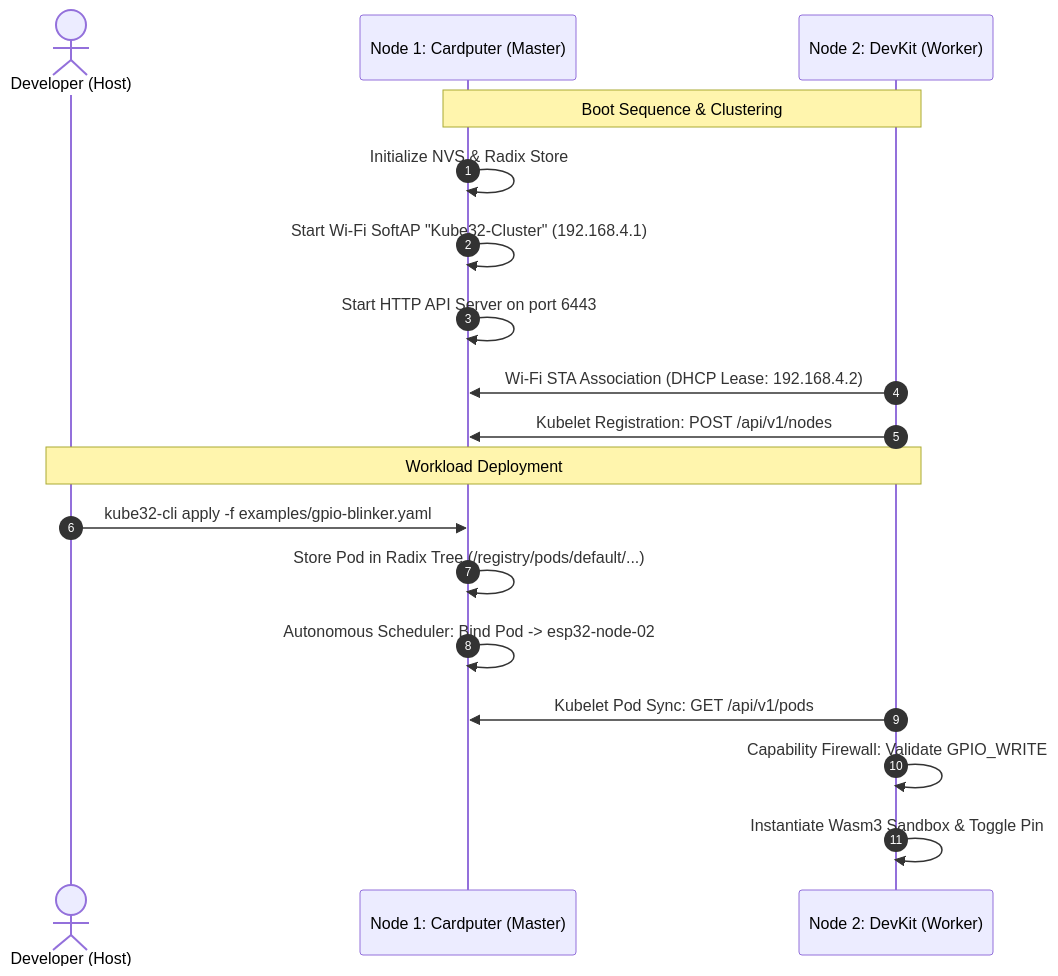
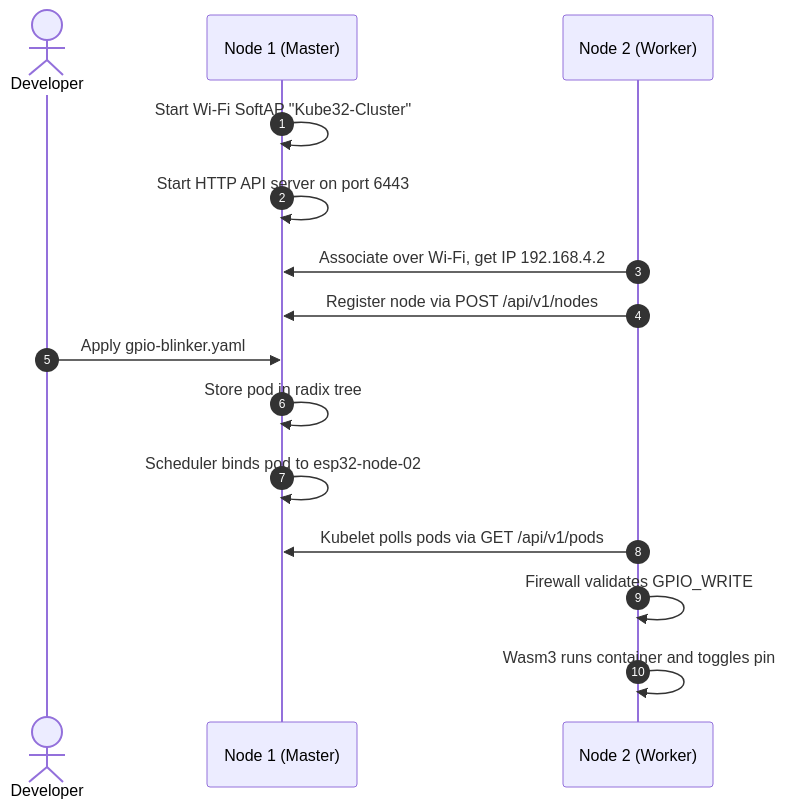
The diagram in docs/quickstart.md (arterialist/kube32), drawn with Mermaid before and after one commit. The commit also changed other lines of this file and 16 other files, not shown here.

````diff
--- a/docs/quickstart.md
+++ b/docs/quickstart.md
@@ -20,22 +22,19 @@
 ```mermaid
 sequenceDiagram
     autonumber
-    actor Dev as Developer (Host)
-    participant N1 as Node 1: Cardputer (Master)
-    participant N2 as Node 2: DevKit (Worker)
+    actor Dev as Developer
+    participant N1 as Node 1 (Master)
+    participant N2 as Node 2 (Worker)
 
-    Note over N1,N2: Boot Sequence & Clustering
-    N1->>N1: Initialize NVS & Radix Store
-    N1->>N1: Start Wi-Fi SoftAP "Kube32-Cluster" (192.168.4.1)
-    N1->>N1: Start HTTP API Server on port 6443
-    N2->>N1: Wi-Fi STA Association (DHCP Lease: 192.168.4.2)
-    N2->>N1: Kubelet Registration: POST /api/v1/nodes
+    N1->>N1: Start Wi-Fi SoftAP "Kube32-Cluster"
+    N1->>N1: Start HTTP API server on port 6443
+    N2->>N1: Associate over Wi-Fi, get IP 192.168.4.2
+    N2->>N1: Register node via POST /api/v1/nodes
 
-    Note over Dev,N2: Workload Deployment
-    Dev->>N1: kube32-cli apply -f examples/gpio-blinker.yaml
-    N1->>N1: Store Pod in Radix Tree (/registry/pods/default/...)
-    N1->>N1: Autonomous Scheduler: Bind Pod -> esp32-node-02
-    N2->>N1: Kubelet Pod Sync: GET /api/v1/pods
-    N2->>N2: Capability Firewall: Validate GPIO_WRITE
-    N2->>N2: Instantiate Wasm3 Sandbox & Toggle Pin
+    Dev->>N1: Apply gpio-blinker.yaml
+    N1->>N1: Store pod in radix tree
+    N1->>N1: Scheduler binds pod to esp32-node-02
+    N2->>N1: Kubelet polls pods via GET /api/v1/pods
+    N2->>N2: Firewall validates GPIO_WRITE
+    N2->>N2: Wasm3 runs container and toggles pin
 ```
````
